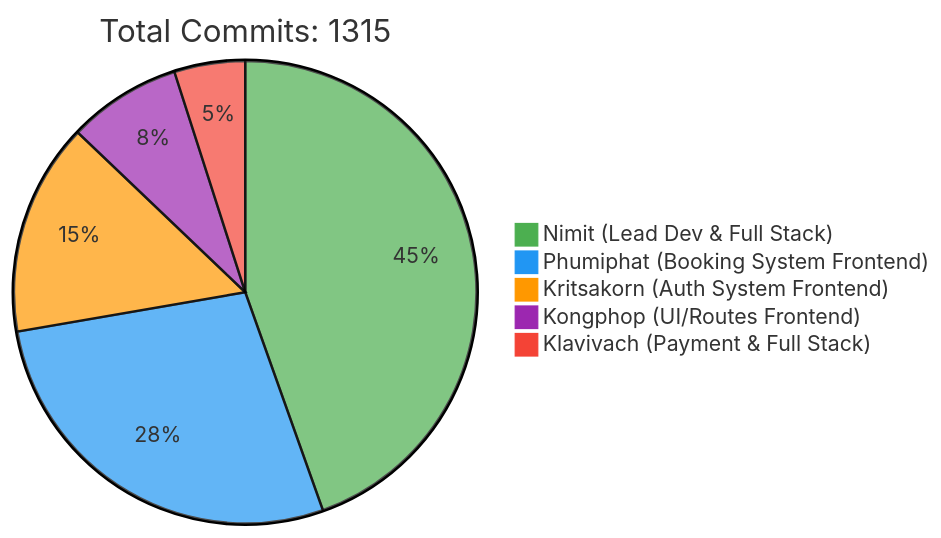
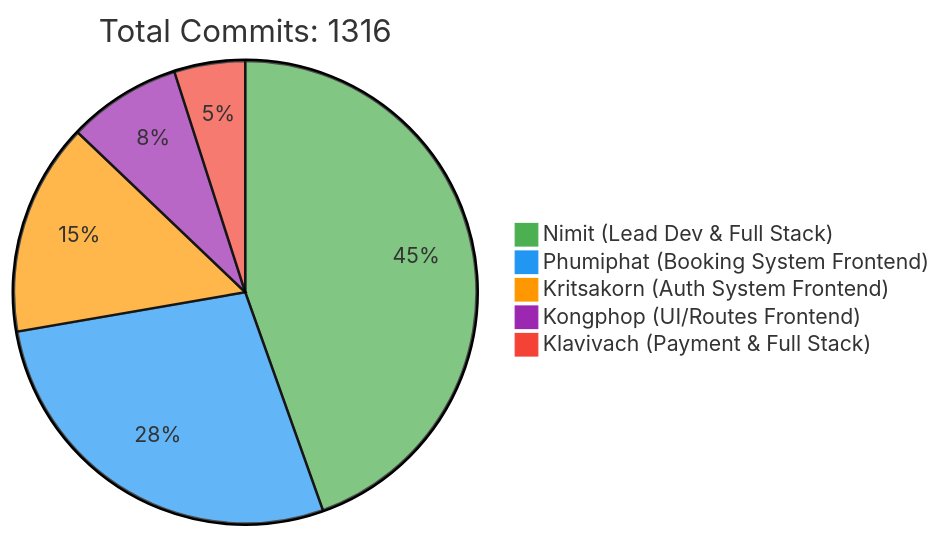
One commit to 6531503042/Sport-Complex changed the first of 2 diagrams in README.md. Above: the diagram before and after it, drawn with Mermaid. The commit also changed other lines of this file, not shown here.

Commit message:
docs: Update contributor statistics [skip ci]

````diff
--- a/README.md
+++ b/README.md
@@ -257,10 +257,10 @@
 ```mermaid
 %%{init: {'theme': 'base', 'themeVariables': { 'pie1': '#4CAF50', 'pie2': '#2196F3', 'pie3': '#FF9800', 'pie4': '#9C27B0', 'pie5': '#F44336'}}}%%
 pie
-    title Total Commits: 1315
+    title Total Commits: 1316
     "Nimit (Lead Dev & Full Stack)" : 450
     "Phumiphat (Booking System Frontend)" : 280
     "Kritsakorn (Auth System Frontend)" : 150
     "Kongphop (UI/Routes Frontend)" : 80
     "Klavivach (Payment & Full Stack)" : 50
 ```
````
